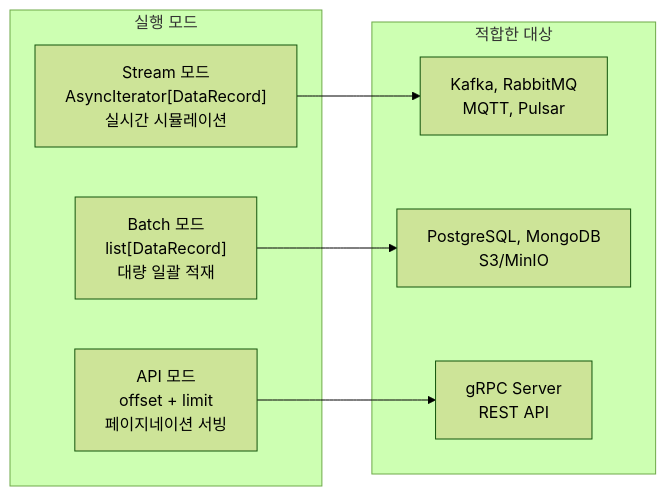
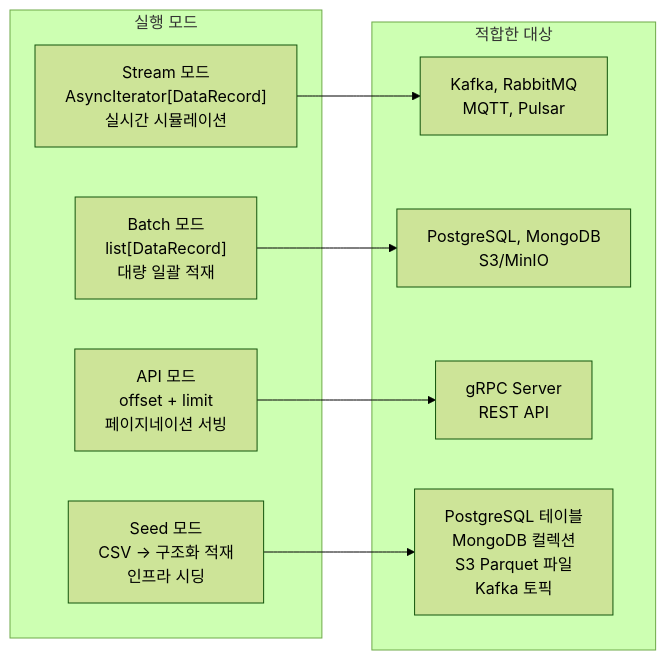
The first of 4 diagrams in docs/02-데이터-흐름.md (YangTaeUk/Demiurge_MLOps_TestData), drawn with Mermaid (forest theme) before and after one commit. The commit also changed other lines of this file and 6 other files, not shown here.

````diff
--- a/docs/02-데이터-흐름.md
+++ b/docs/02-데이터-흐름.md
@@ -22,18 +22,21 @@
 ```mermaid
 graph LR
     subgraph Modes["실행 모드"]
         S["Stream 모드<br/>AsyncIterator[DataRecord]<br/>실시간 시뮬레이션"]
         B["Batch 모드<br/>list[DataRecord]<br/>대량 일괄 적재"]
         A["API 모드<br/>offset + limit<br/>페이지네이션 서빙"]
+        SD["Seed 모드<br/>CSV → 구조화 적재<br/>인프라 시딩"]
     end
 
     subgraph Targets["적합한 대상"]
         ST["Kafka, RabbitMQ<br/>MQTT, Pulsar"]
         BT["PostgreSQL, MongoDB<br/>S3/MinIO"]
         AT["gRPC Server<br/>REST API"]
+        SDT["PostgreSQL 테이블<br/>MongoDB 컬렉션<br/>S3 Parquet 파일<br/>Kafka 토픽"]
     end
 
     S --> ST
     B --> BT
     A --> AT
+    SD --> SDT
 ```
````
